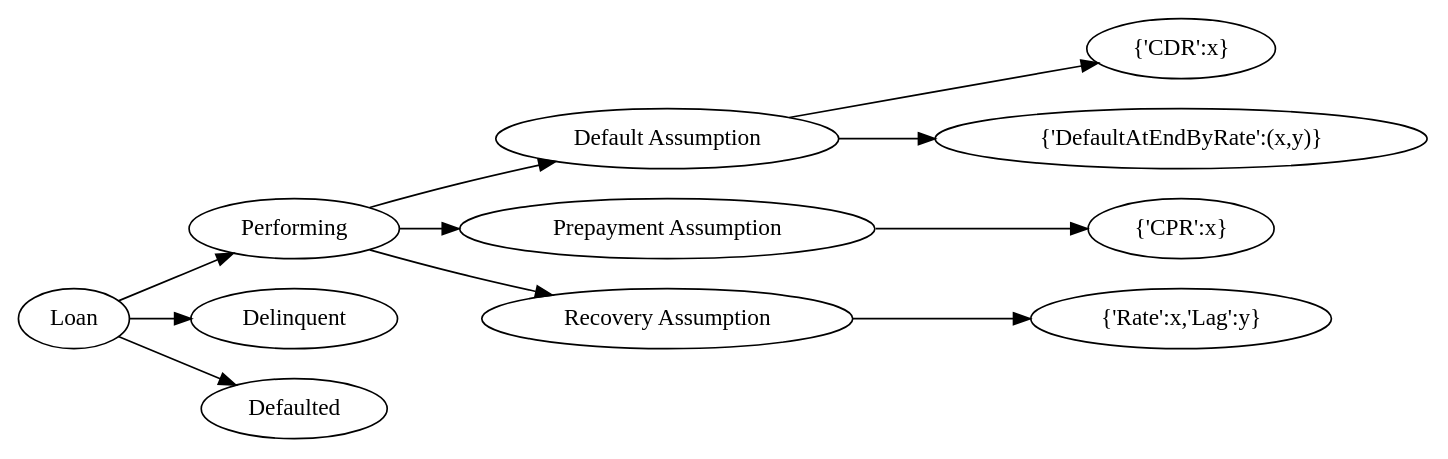
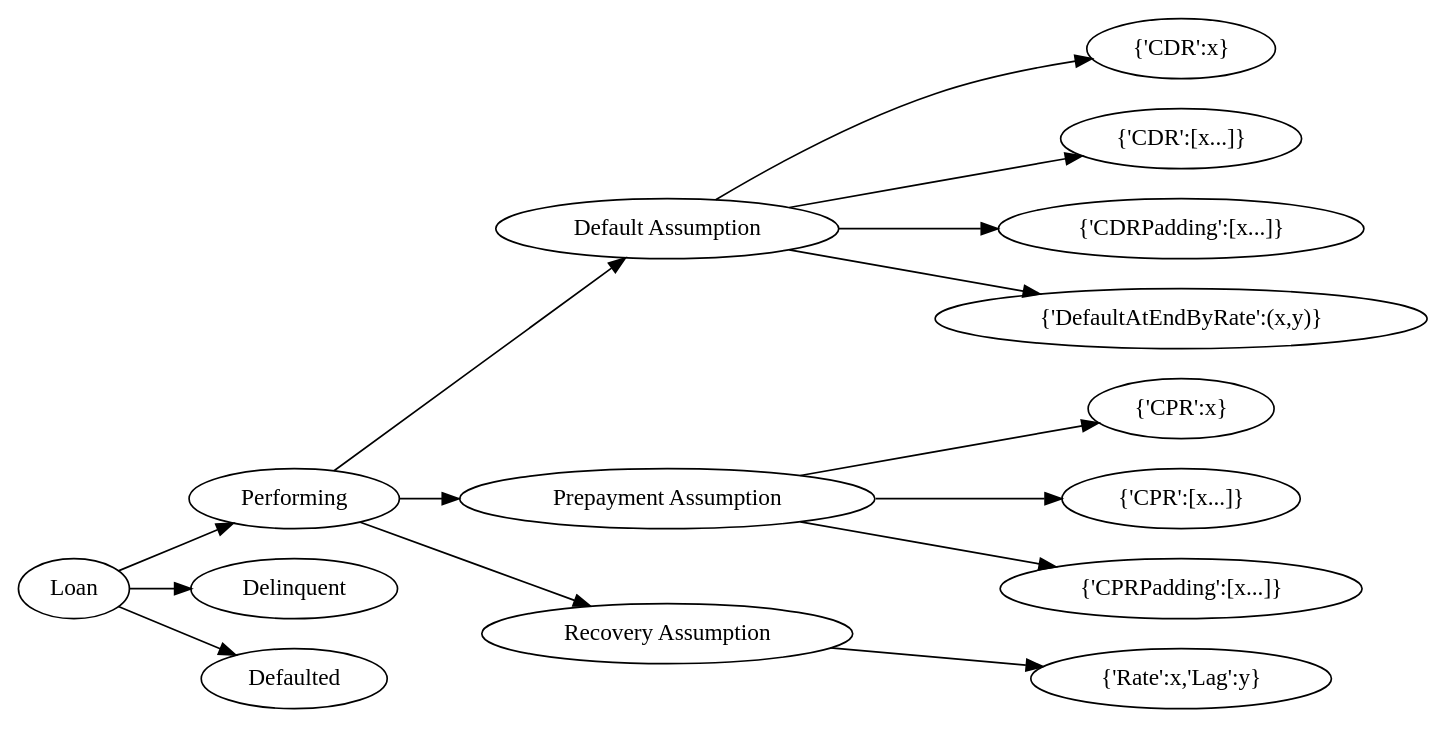
Before and after one commit to yellowbean/AbsBox: the third of 10 diagrams in docs/source/analytics.rst, drawn with Graphviz. The commit also changed other lines of this file and 4 other files, not shown here.

```diff
--- a/docs/source/analytics.rst
+++ b/docs/source/analytics.rst
@@ -214,19 +218,23 @@
 .. graphviz::
     :name: sphinx.ext.graphviz
     :caption: loan-assumption
     :alt: loan-assumption
     :align: center
     
     digraph {
         rankdir = LR
         Loan -> Performing
         Loan -> Delinquent
         Loan -> Defaulted
         Performing -> "Default Assumption"
         Performing -> "Prepayment Assumption"
         Performing -> "Recovery Assumption"
         "Prepayment Assumption" -> "{'CPR':x}"
+        "Prepayment Assumption" -> "{'CPR':[x...]}"
+        "Prepayment Assumption" -> "{'CPRPadding':[x...]}"
         "Default Assumption" -> "{'CDR':x}"
+        "Default Assumption" -> "{'CDR':[x...]}"
+        "Default Assumption" -> "{'CDRPadding':[x...]}"
         "Default Assumption" -> "{'DefaultAtEndByRate':(x,y)}"
         "Recovery Assumption" -> "{'Rate':x,'Lag':y}"
     }
```
